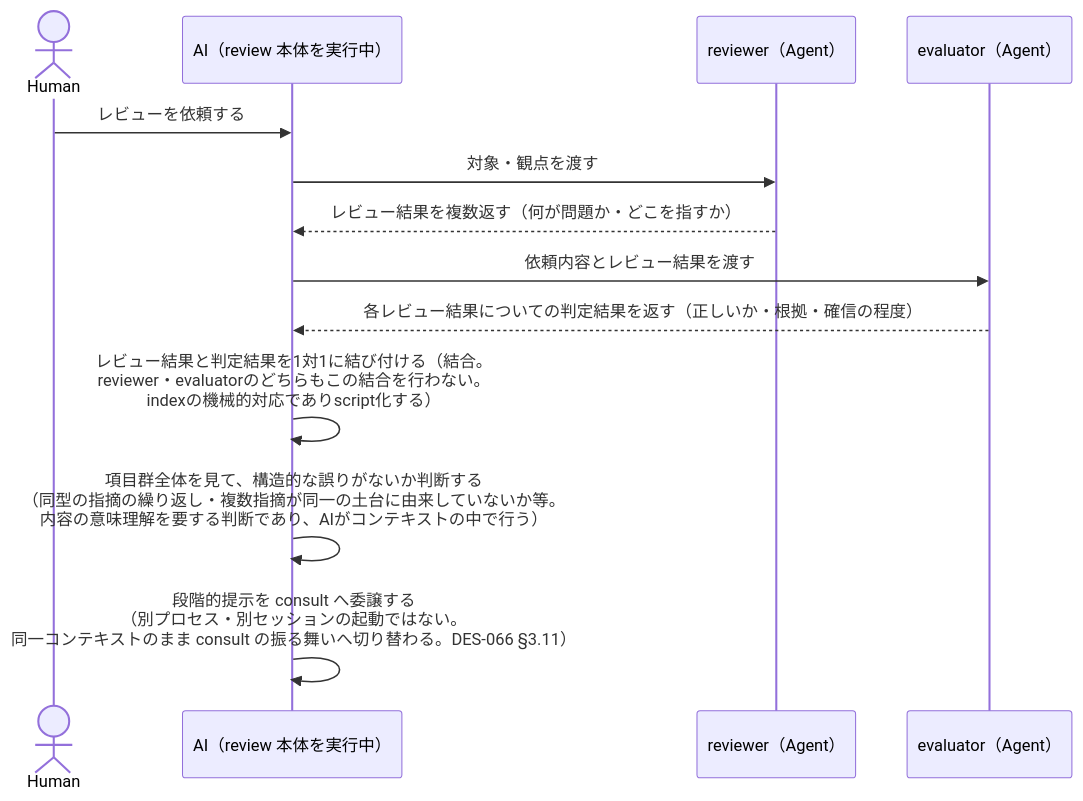
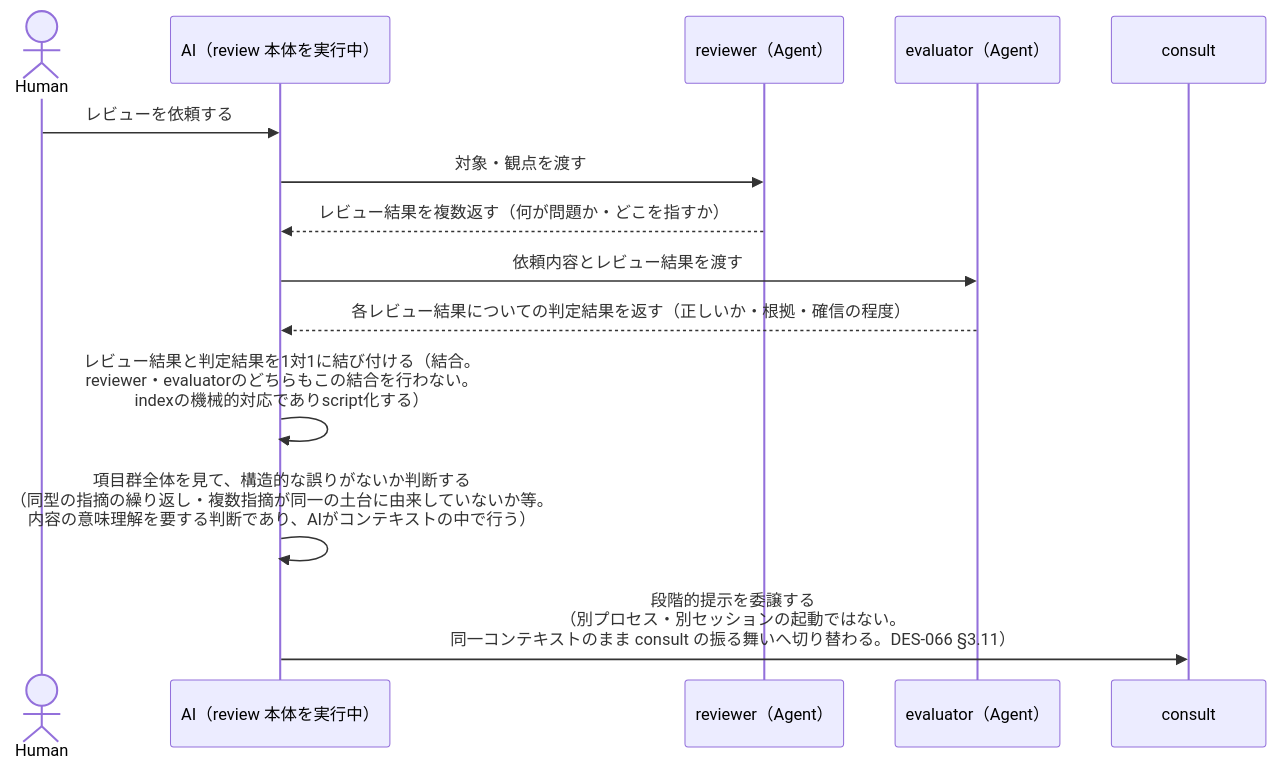
Before and after one commit to BlueEventHorizon/bw-cc-plugins: the first of 3 diagrams in docs/specs/consult/design/DES-078_consult_dialogue_flow_design.md, drawn with Mermaid. The commit also changed other lines of this file, not shown here.

First line of the commit message:
docs(consult): DES-078の図A-1/A-2でconsultを独立列として分離し、A-2ではHumanからの依頼をconsultへ即座に委譲して以降の思考（対象把握・論点抽出・構造判断）をconsult自身の文脈で行う形に修正する

````diff
--- a/docs/specs/consult/design/DES-078_consult_dialogue_flow_design.md
+++ b/docs/specs/consult/design/DES-078_consult_dialogue_flow_design.md
@@ -26,16 +26,17 @@
 ```mermaid
 sequenceDiagram
     actor Human
     participant AI as AI（review 本体を実行中）
     participant Reviewer as reviewer（Agent）
     participant Evaluator as evaluator（Agent）
+    participant Consult as consult
 
     Human->>AI: レビューを依頼する
     AI->>Reviewer: 対象・観点を渡す
     Reviewer-->>AI: レビュー結果を複数返す（何が問題か・どこを指すか）
     AI->>Evaluator: 依頼内容とレビュー結果を渡す
     Evaluator-->>AI: 各レビュー結果についての判定結果を返す（正しいか・根拠・確信の程度）
     AI->>AI: レビュー結果と判定結果を1対1に結び付ける（結合。<br/>reviewer・evaluatorのどちらもこの結合を行わない。<br/>indexの機械的対応でありscript化する）
     AI->>AI: 項目群全体を見て、構造的な誤りがないか判断する<br/>（同型の指摘の繰り返し・複数指摘が同一の土台に由来していないか等。<br/>内容の意味理解を要する判断であり、AIがコンテキストの中で行う）
-    AI->>AI: 段階的提示を consult へ委譲する<br/>（別プロセス・別セッションの起動ではない。<br/>同一コンテキストのまま consult の振る舞いへ切り替わる。DES-066 §3.11）
+    AI->>Consult: 段階的提示を委譲する<br/>（別プロセス・別セッションの起動ではない。<br/>同一コンテキストのまま consult の振る舞いへ切り替わる。DES-066 §3.11）
 ```
````
